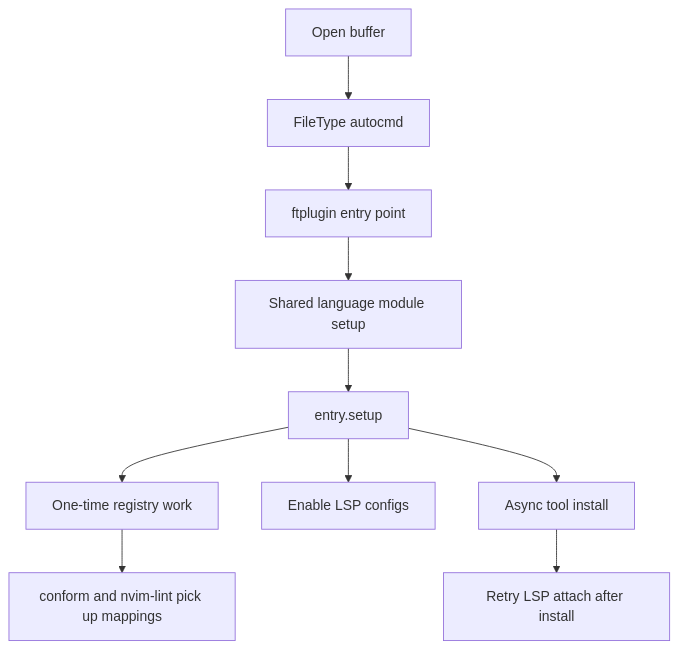
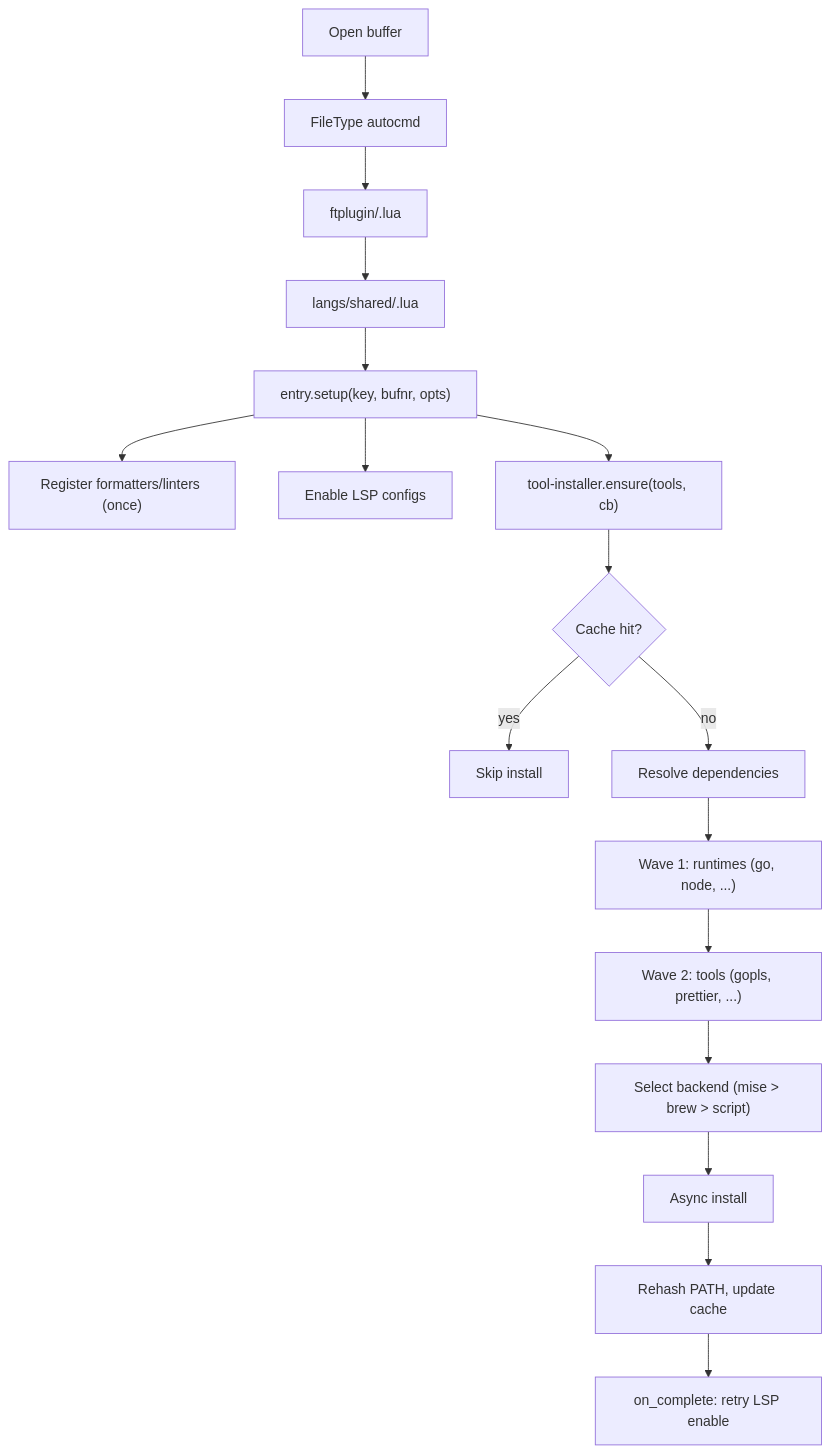
One commit to letientai299/nvim.conf changed the diagram in docs/on-demand-tool.md. Above: the diagram before and after it, drawn with Mermaid. The commit also changed other lines of this file and 5 other files, not shown here.

````diff
--- a/docs/on-demand-tool.md
+++ b/docs/on-demand-tool.md
@@ -14,12 +15,19 @@
 ```mermaid
 flowchart TD
   A["Open buffer"] --> B["FileType autocmd"]
-  B --> C["ftplugin entry point"]
-  C --> D["Shared language module setup"]
-  D --> E["entry.setup"]
-  E --> F["One-time registry work"]
+  B --> C["ftplugin/<ft>.lua"]
+  C --> D["langs/shared/<lang>.lua"]
+  D --> E["entry.setup(key, bufnr, opts)"]
+  E --> F["Register formatters/linters (once)"]
   E --> G["Enable LSP configs"]
-  E --> H["Async tool install"]
-  H --> I["Retry LSP attach after install"]
-  F --> J["conform and nvim-lint pick up mappings"]
+  E --> H["tool-installer.ensure(tools, cb)"]
+  H --> I{"Cache hit?"}
+  I -- yes --> J["Skip install"]
+  I -- no --> K["Resolve dependencies"]
+  K --> L["Wave 1: runtimes (go, node, ...)"]
+  L --> M["Wave 2: tools (gopls, prettier, ...)"]
+  M --> N["Select backend (mise > brew > script)"]
+  N --> O["Async install"]
+  O --> P["Rehash PATH, update cache"]
+  P --> Q["on_complete: retry LSP enable"]
 ```
````
